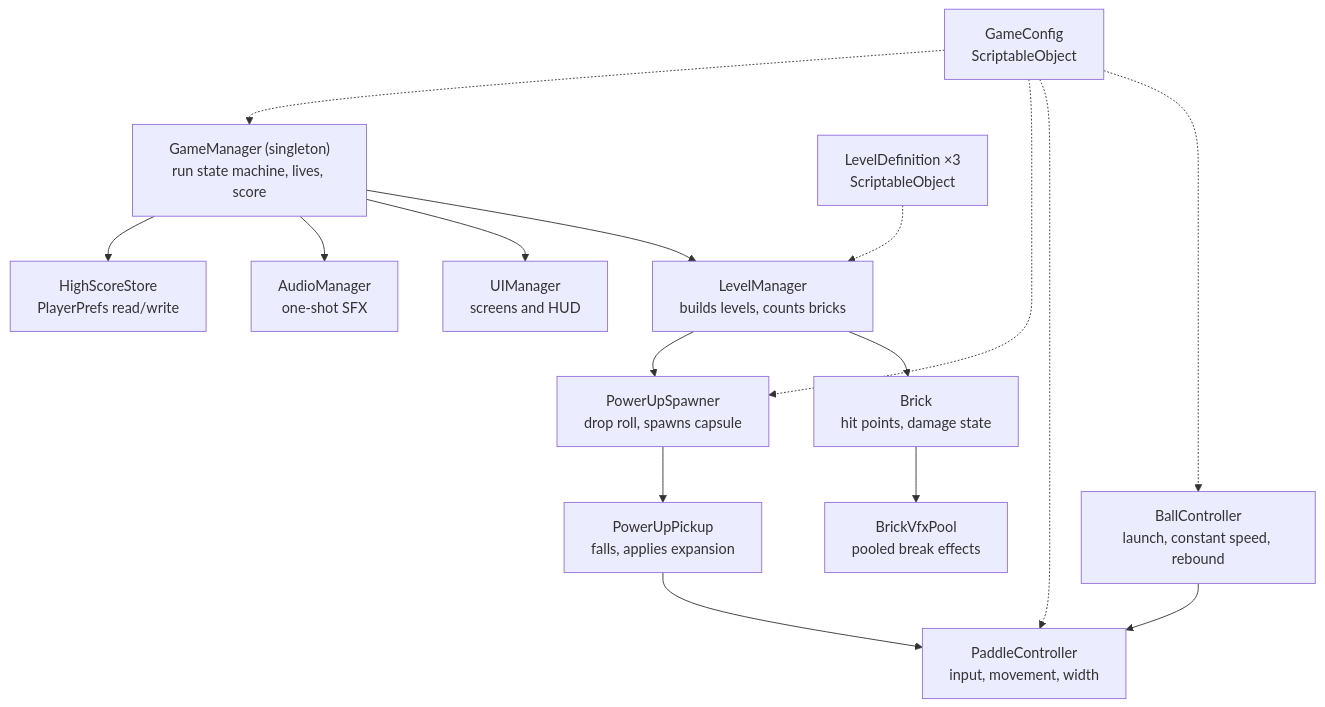
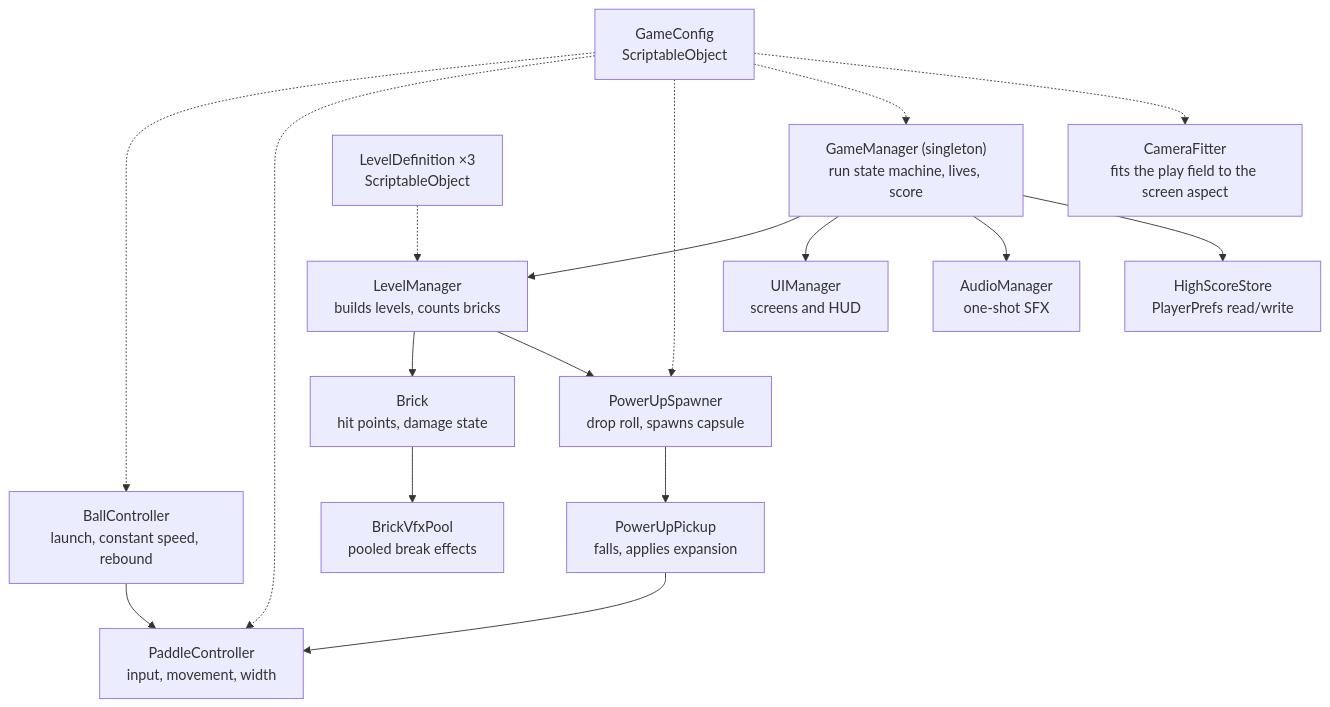
The second of 2 diagrams in Docs/SWEETBREAKER_GDD.md (BarHaham/SweetBreaker), drawn with Mermaid before and after one commit. The commit also changed other lines of this file, not shown here.

````diff
--- a/Docs/SWEETBREAKER_GDD.md
+++ b/Docs/SWEETBREAKER_GDD.md
@@ -348,21 +351,23 @@
 ```mermaid
 graph TD
     GM["GameManager (singleton)<br/>run state machine, lives, score"] --> LM["LevelManager<br/>builds levels, counts bricks"]
     GM --> UI["UIManager<br/>screens and HUD"]
     GM --> AU["AudioManager<br/>one-shot SFX"]
     GM --> HS["HighScoreStore<br/>PlayerPrefs read/write"]
 
     LM --> BR["Brick<br/>hit points, damage state"]
     LM --> PS["PowerUpSpawner<br/>drop roll, spawns capsule"]
     PS --> PU["PowerUpPickup<br/>falls, applies expansion"]
     PU --> PC["PaddleController<br/>input, movement, width"]
 
     BA["BallController<br/>launch, constant speed, rebound"] --> PC
     BR --> VP["BrickVfxPool<br/>pooled break effects"]
 
     CFG["GameConfig<br/>ScriptableObject"] -.-> BA
     CFG -.-> PC
     CFG -.-> PS
     CFG -.-> GM
+    CFG -.-> CF
+    CF["CameraFitter<br/>fits the play field to the screen aspect"]
     LVL["LevelDefinition ×3<br/>ScriptableObject"] -.-> LM
 ```
````
